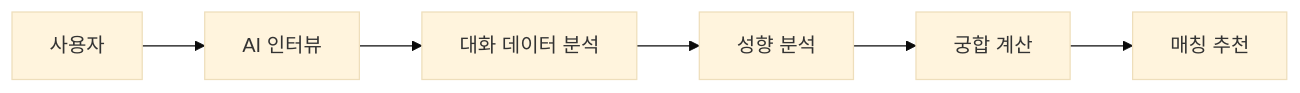
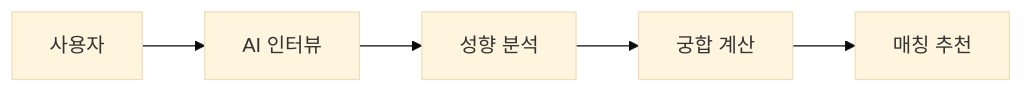
One commit to kimssy-gahyun/SGChem_FE changed the diagram in README.md. Above: the diagram before and after it, drawn with Mermaid (base theme). The commit also changed other lines of this file, not shown here.

````diff
--- a/README.md
+++ b/README.md
@@ -78,8 +28,7 @@
 ```mermaid
 graph LR
 A[사용자] --> B[AI 인터뷰]
-B --> C[대화 데이터 분석]
-C --> D[성향 분석]
-D --> E[궁합 계산]
-E --> F[매칭 추천]
+B --> C[성향 분석]
+C --> D[궁합 계산]
+D --> E[매칭 추천]
 ```
````
